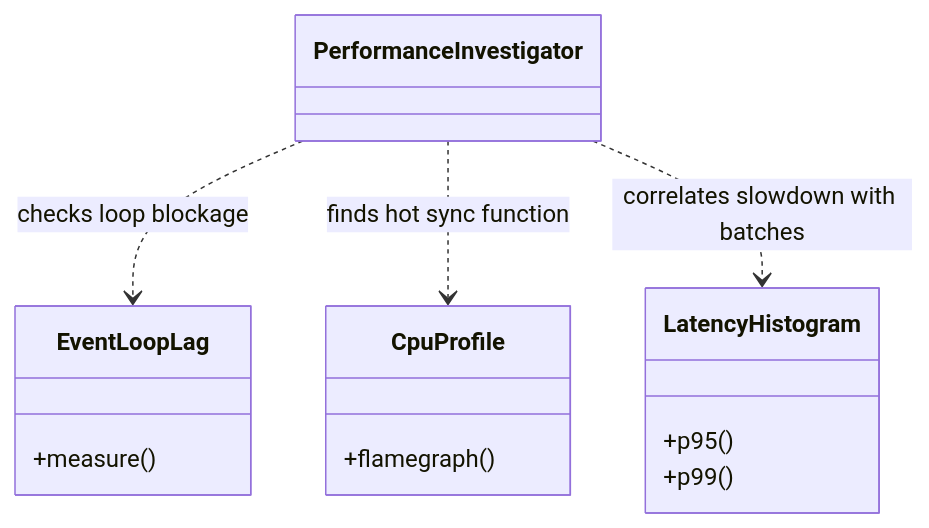
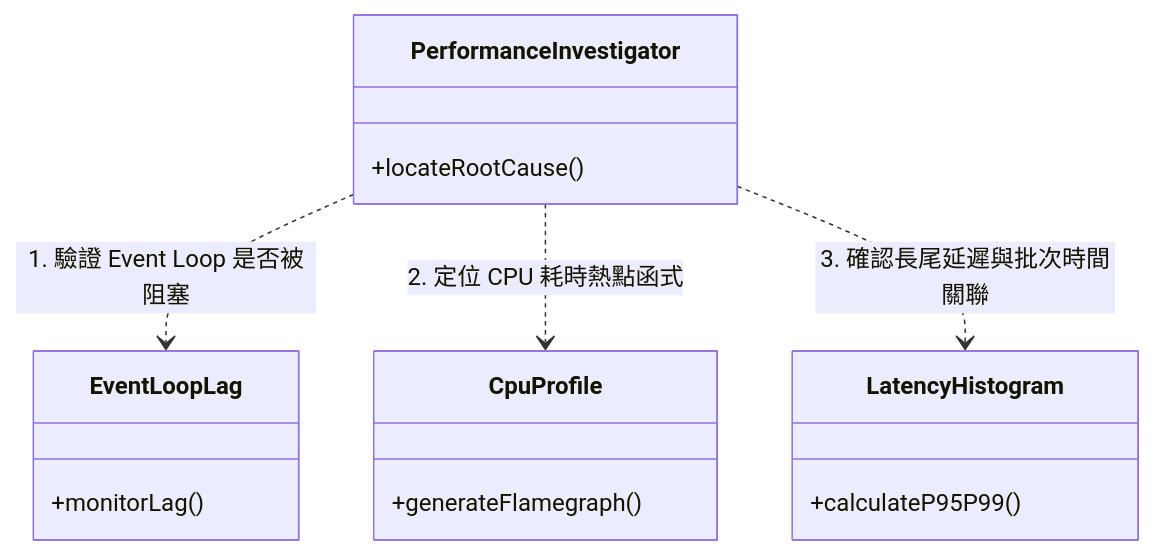
Before and after one commit to chienchien6/waterball: diagram 14 of 15 in specs/answers/情境一-五-表格與類別圖.md, drawn with Mermaid. The commit also changed other lines of this file and 3 other files, not shown here.

````diff
--- a/specs/answers/情境一-五-表格與類別圖.md
+++ b/specs/answers/情境一-五-表格與類別圖.md
@@ -482,17 +542,18 @@
 ```mermaid
 classDiagram
+    class PerformanceInvestigator {
+        +locateRootCause()
+    }
     class EventLoopLag {
-        +measure()
+        +monitorLag()
     }
     class CpuProfile {
-        +flamegraph()
+        +generateFlamegraph()
     }
     class LatencyHistogram {
-        +p95()
-        +p99()
+        +calculateP95P99()
     }
-    class PerformanceInvestigator
-    PerformanceInvestigator ..> EventLoopLag : checks loop blockage
-    PerformanceInvestigator ..> CpuProfile : finds hot sync function
-    PerformanceInvestigator ..> LatencyHistogram : correlates slowdown with batches
+    PerformanceInvestigator ..> EventLoopLag : 1. 驗證 Event Loop 是否被阻塞
+    PerformanceInvestigator ..> CpuProfile : 2. 定位 CPU 耗時熱點函式
+    PerformanceInvestigator ..> LatencyHistogram : 3. 確認長尾延遲與批次時間關聯
 ```
````
